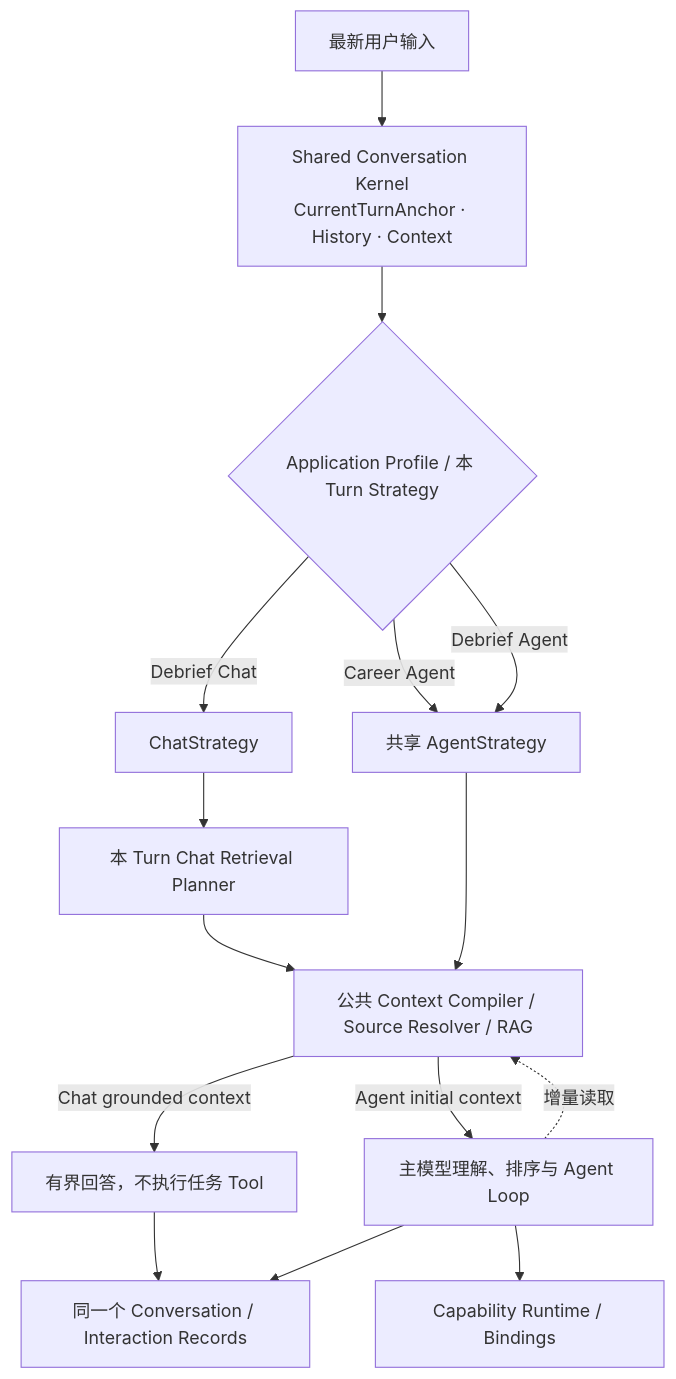
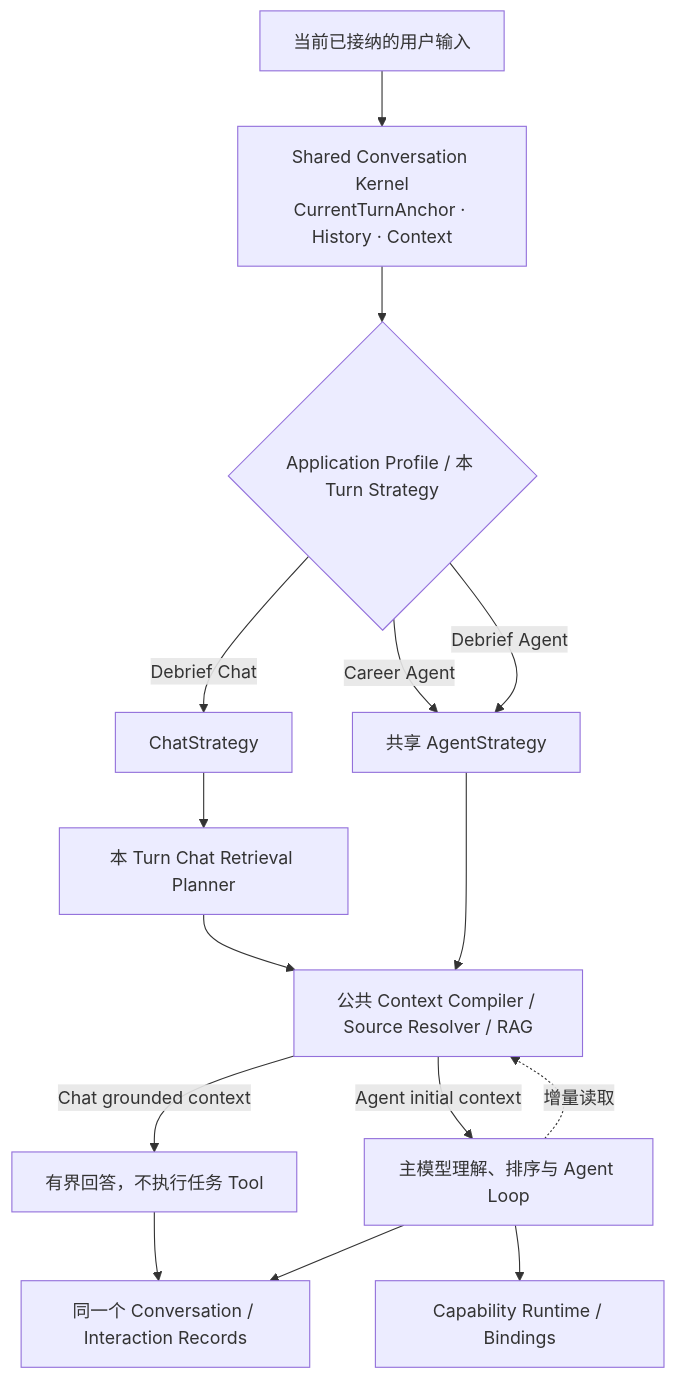
Before and after one commit to studyzhige-ui/Interview_Copilot: the first of 3 diagrams in docs/architecture/full-cycle-career-copilot.md, drawn with Mermaid. The commit also changed other lines of this file, not shown here.

````diff
--- a/docs/architecture/full-cycle-career-copilot.md
+++ b/docs/architecture/full-cycle-career-copilot.md
@@ -737,22 +741,22 @@
 ```mermaid
 flowchart TB
-    Input["最新用户输入"] --> Kernel["Shared Conversation Kernel<br/>CurrentTurnAnchor · History · Context"]
+    Input["当前已接纳的用户输入"] --> Kernel["Shared Conversation Kernel<br/>CurrentTurnAnchor · History · Context"]
 
     Kernel --> Profile{"Application Profile / 本 Turn Strategy"}
 
     Profile -->|"Career Agent"| Agent["共享 AgentStrategy"]
     Profile -->|"Debrief Agent"| Agent
     Profile -->|"Debrief Chat"| Chat["ChatStrategy"]
 
     Chat --> Retrieval["本 Turn Chat Retrieval Planner"]
     Retrieval --> Context["公共 Context Compiler / Source Resolver / RAG"]
     Context -->|"Chat grounded context"| Answer["有界回答，不执行任务 Tool"]
 
     Agent --> Context
     Context -->|"Agent initial context"| Loop["主模型理解、排序与 Agent Loop"]
     Loop -. "增量读取" .-> Context
     Loop --> Capability["Capability Runtime / Bindings"]
 
     Answer --> Conversation["同一个 Conversation / Interaction Records"]
     Loop --> Conversation
 ```
````
